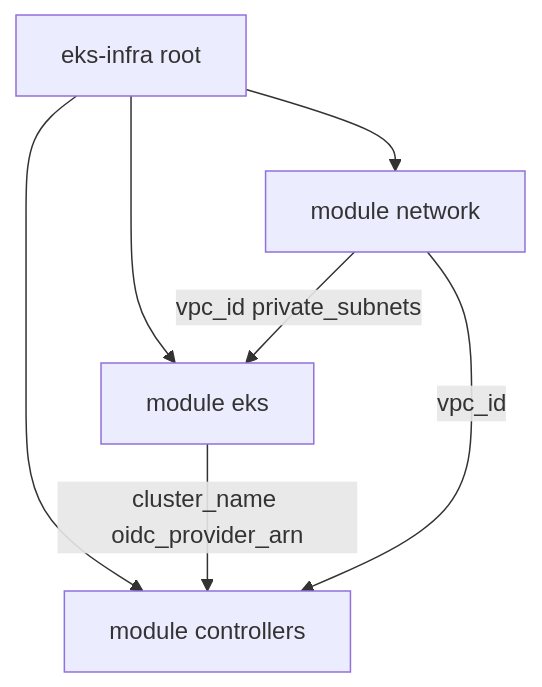
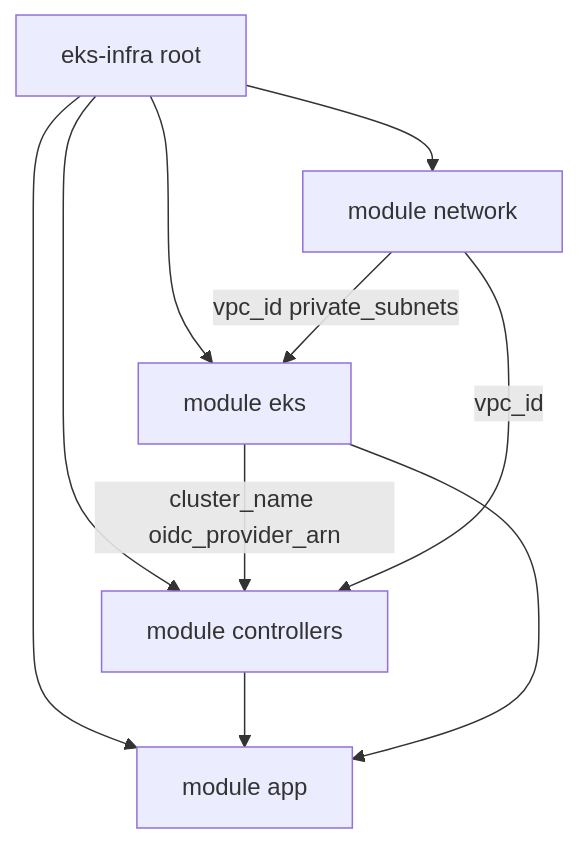
One commit to mvtthxw/tf-project-2 changed the second of 2 diagrams in docs/infra.md. Above: the diagram before and after it, drawn with Mermaid. The commit also changed other lines of this file and 9 other files, not shown here.

````diff
--- a/docs/infra.md
+++ b/docs/infra.md
@@ -66,9 +67,12 @@
 ```mermaid
 flowchart TB
   root[eks-infra root] --> network[module network]
   root --> eks[module eks]
   root --> controllers[module controllers]
+  root --> app[module app]
   network -->|vpc_id private_subnets| eks
   eks -->|cluster_name oidc_provider_arn| controllers
   network -->|vpc_id| controllers
+  controllers --> app
+  eks --> app
 ```
````
